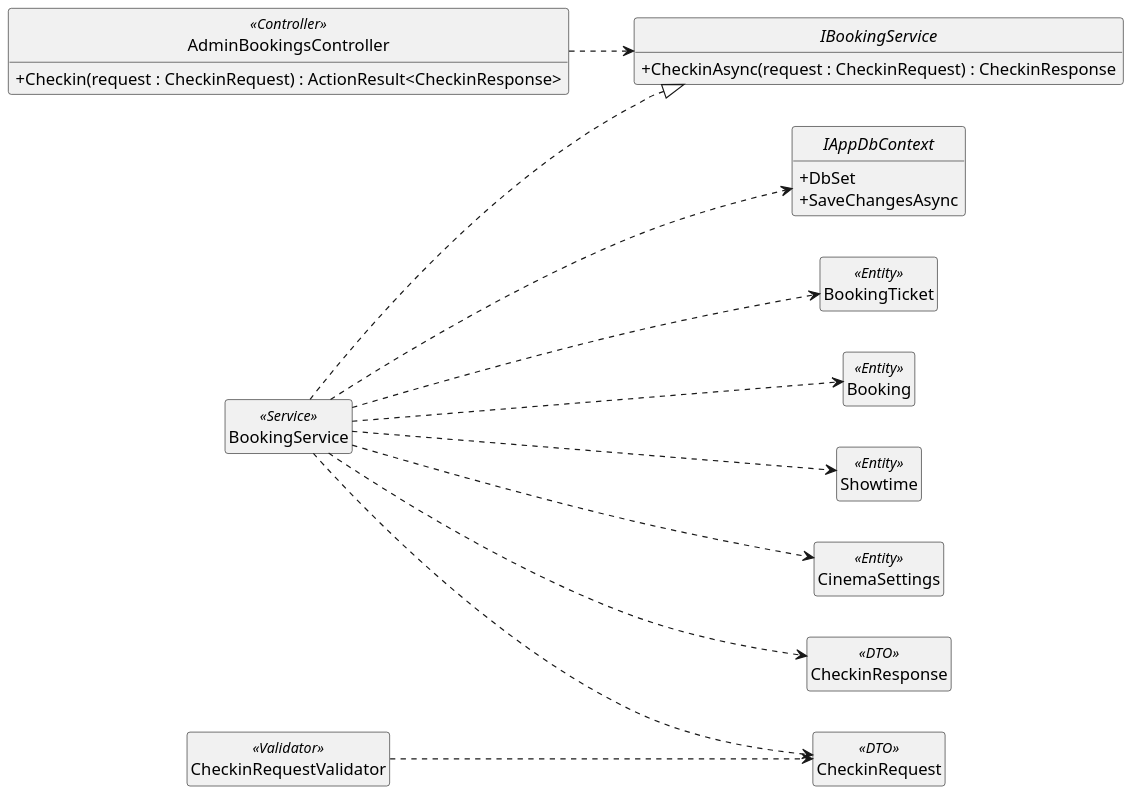
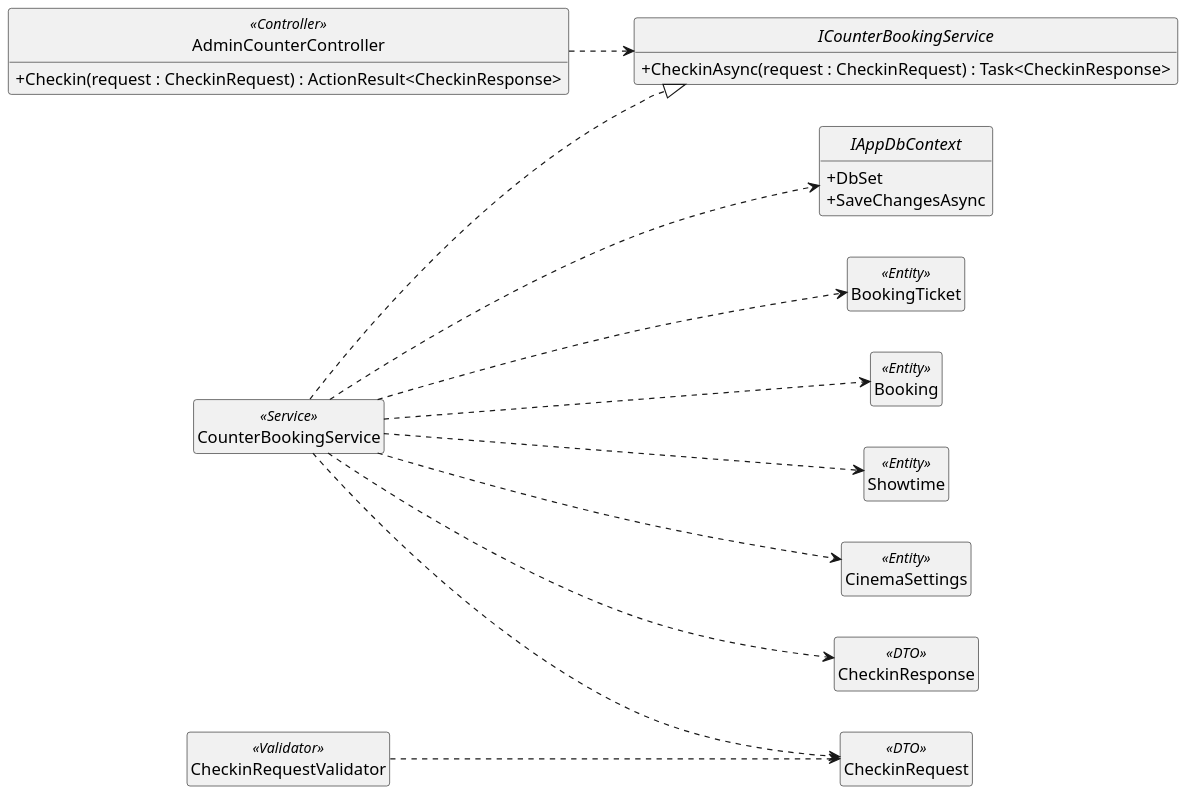
One commit to nguyenhiennnnn/cinema-v2 changed the diagram in docs/so-do/plantuml/hinh-4-13.puml. Above: the diagram before and after it, drawn with PlantUML. The commit also changed 24 other files, not shown here.

```diff
--- a/docs/so-do/plantuml/hinh-4-13.puml
+++ b/docs/so-do/plantuml/hinh-4-13.puml
@@ -1,40 +1,49 @@
 @startuml
 skinparam monochrome true
 skinparam shadowing false
 skinparam defaultFontName "Times New Roman"
 skinparam classAttributeIconSize 0
 skinparam dpi 150
 skinparam nodesep 35
 skinparam ranksep 55
 left to right direction
 hide circle
 hide empty members
-class AdminBookingsController <<Controller>> {
+
+class AdminCounterController <<Controller>> {
   +Checkin(request : CheckinRequest) : ActionResult<CheckinResponse>
 }
-interface IBookingService {
-  +CheckinAsync(request : CheckinRequest) : CheckinResponse
+
+interface ICounterBookingService {
+  +CheckinAsync(request : CheckinRequest) : Task<CheckinResponse>
 }
-class BookingService <<Service>>
+
+class CounterBookingService <<Service>>
 class CheckinRequestValidator <<Validator>>
+
 interface IAppDbContext {
   +DbSet
   +SaveChangesAsync
 }
+
 class BookingTicket <<Entity>>
 class Booking <<Entity>>
 class Showtime <<Entity>>
 class CinemaSettings <<Entity>>
+
 class CheckinRequest <<DTO>>
 class CheckinResponse <<DTO>>
-AdminBookingsController ..> IBookingService
-BookingService ..|> IBookingService
-BookingService ..> BookingTicket
-BookingService ..> Booking
-BookingService ..> Showtime
-BookingService ..> CinemaSettings
-BookingService ..> CheckinRequest
-BookingService ..> CheckinResponse
+
+AdminCounterController ..> ICounterBookingService
+CounterBookingService ..|> ICounterBookingService
+
+CounterBookingService ..> BookingTicket
+CounterBookingService ..> Booking
+CounterBookingService ..> Showtime
+CounterBookingService ..> CinemaSettings
+CounterBookingService ..> CheckinRequest
+CounterBookingService ..> CheckinResponse
+
 CheckinRequestValidator ..> CheckinRequest
-BookingService ..> IAppDbContext
+CounterBookingService ..> IAppDbContext
 @enduml
```
